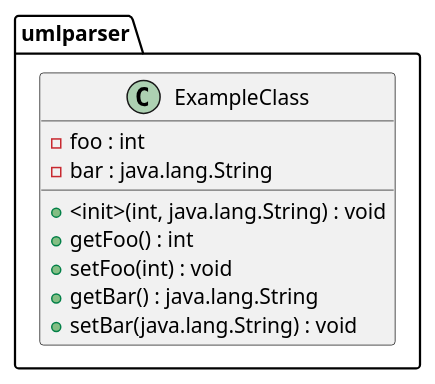
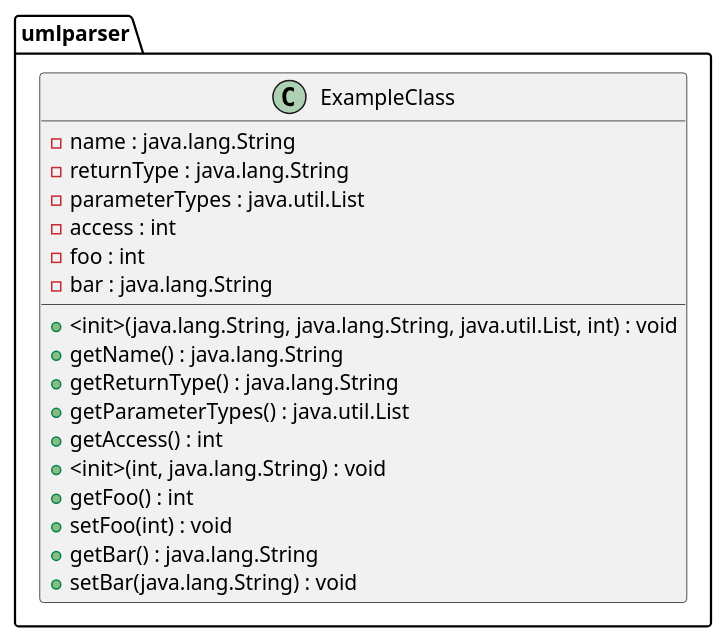
The diagram in diagram.plantuml (NateDKing/CSSE374-Grp5), drawn with PlantUML before and after one commit. The commit also changed 27 other files, not shown here.

```diff
--- a/diagram.plantuml
+++ b/diagram.plantuml
@@ -1,11 +1,20 @@
 @startuml
 class umlparser.ExampleClass {
+  - name : java.lang.String
+  - returnType : java.lang.String
+  - parameterTypes : java.util.List
+  - access : int
   - foo : int
   - bar : java.lang.String
+  + <init>(java.lang.String, java.lang.String, java.util.List, int) : void
+  + getName() : java.lang.String
+  + getReturnType() : java.lang.String
+  + getParameterTypes() : java.util.List
+  + getAccess() : int
   + <init>(int, java.lang.String) : void
   + getFoo() : int
   + setFoo(int) : void
   + getBar() : java.lang.String
   + setBar(java.lang.String) : void
 }
 @enduml
```
